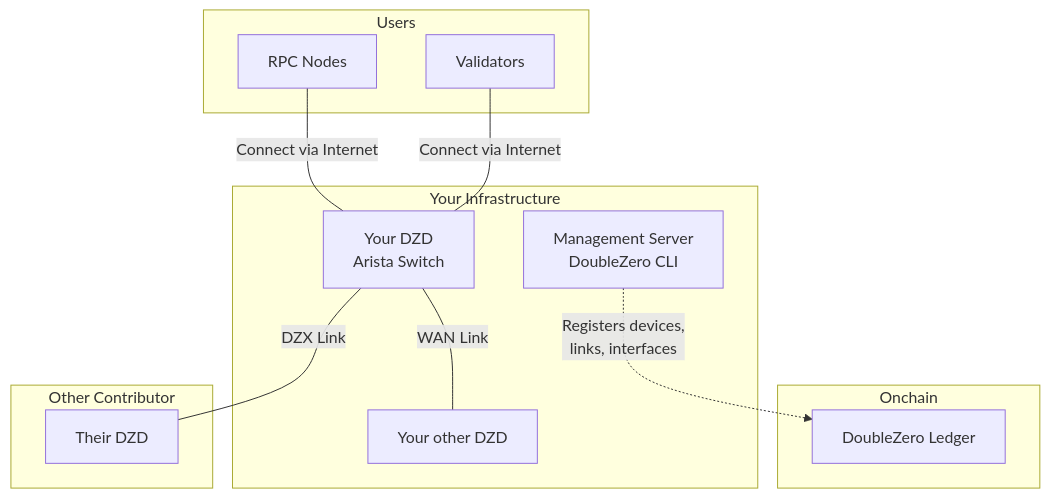
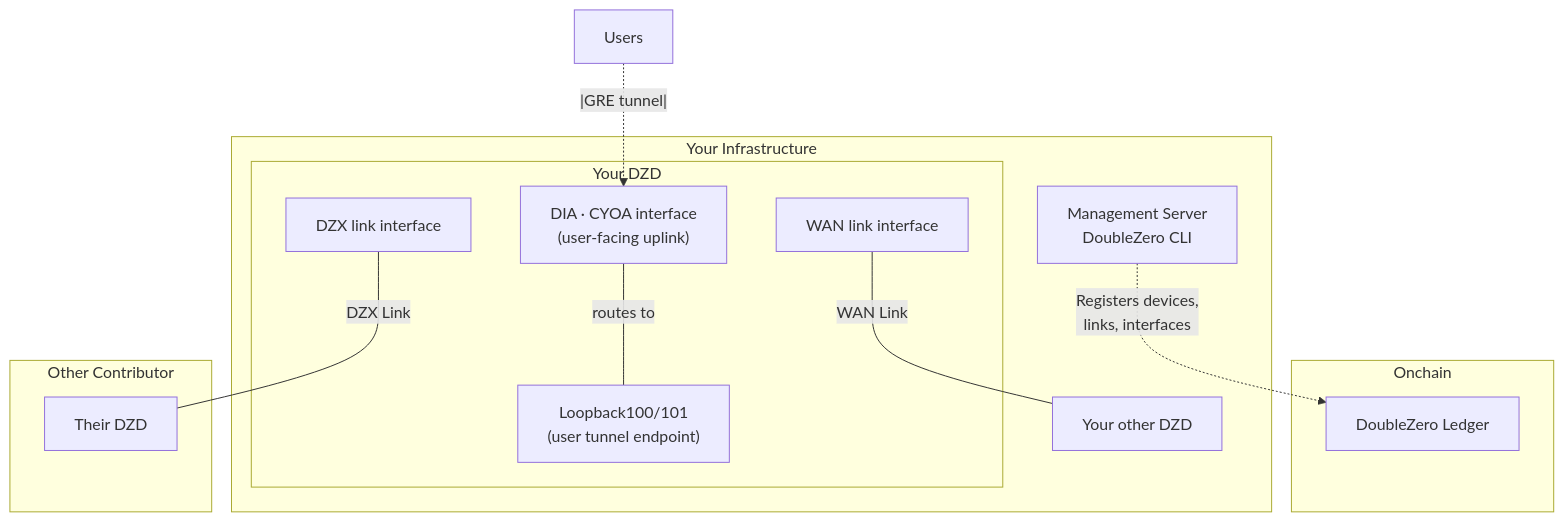
One commit to malbeclabs/docs changed the first of 13 diagrams in docs/contribute-provisioning.it.md. Above: the diagram before and after it, drawn with Mermaid. The commit also changed other lines of this file and 160 other files, not shown here.

````diff
--- a/docs/contribute-provisioning.it.md
+++ b/docs/contribute-provisioning.it.md
@@ -13,26 +50,29 @@
 ```mermaid
 flowchart TB
     subgraph Onchain
         SC[DoubleZero Ledger]
     end
 
     subgraph Your Infrastructure
         MGMT[Management Server<br/>DoubleZero CLI]
-        DZD[Your DZD<br/>Arista Switch]
-        DZD ---|WAN Link| DZD2[Your other DZD]
+        subgraph DZD[Your DZD]
+            CYOA["DIA · CYOA interface<br/>(user-facing uplink)"]
+            WAN_INTF["WAN link interface"]
+            DZX_INTF["DZX link interface"]
+            LO100["Loopback100/101<br/>(user tunnel endpoint)"]
+        end
+        DZD2[Your other DZD]
     end
 
     subgraph Other Contributor
         OtherDZD[Their DZD]
     end
 
-    subgraph Users
-        VAL[Validators]
-        RPC[RPC Nodes]
-    end
+    USERS["Users"]
 
     MGMT -.->|Registers devices,<br/>links, interfaces| SC
-    DZD ---|DZX Link| OtherDZD
-    VAL ---|Connect via Internet| DZD
-    RPC ---|Connect via Internet| DZD
+    WAN_INTF ---|WAN Link| DZD2
+    DZX_INTF ---|DZX Link| OtherDZD
+    USERS -.|GRE tunnel|.-> CYOA
+    CYOA ---|routes to| LO100
 ```
````
